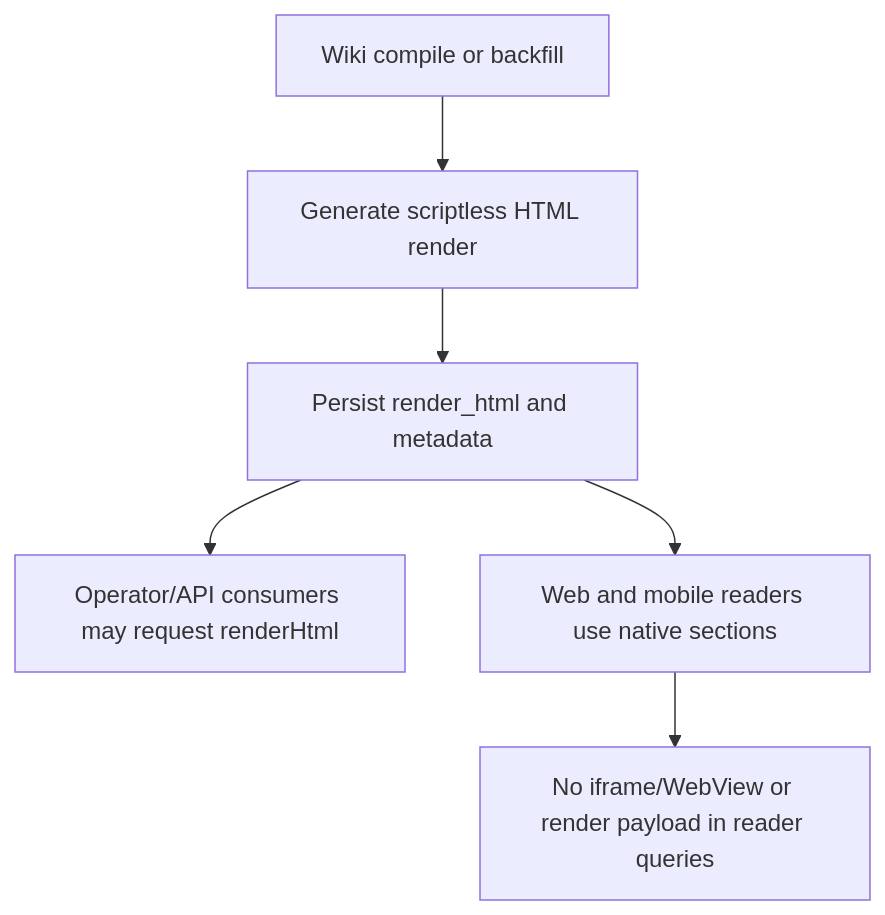
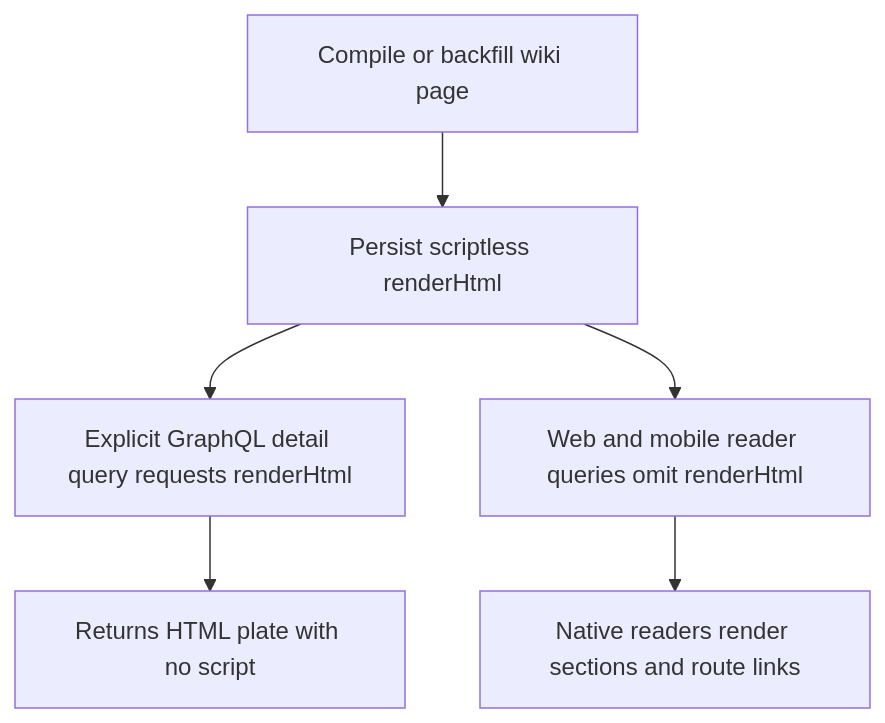
One commit to thinkwork-ai/thinkwork changed the fourth of 5 diagrams in docs/dogfood-reports/2026-07-13-THINK-270-dogfood.md. Above: the diagram before and after it, drawn with Mermaid. The commit also changed other lines of this file and 5 other files, not shown here.

````diff
--- a/docs/dogfood-reports/2026-07-13-THINK-270-dogfood.md
+++ b/docs/dogfood-reports/2026-07-13-THINK-270-dogfood.md
@@ -44,8 +51,8 @@
 ```mermaid
 flowchart TD
-    A[Wiki compile or backfill] --> B[Generate scriptless HTML render]
-    B --> C[Persist render_html and metadata]
-    C --> D[Operator/API consumers may request renderHtml]
-    C --> E[Web and mobile readers use native sections]
-    E --> F[No iframe/WebView or render payload in reader queries]
+    A[Compile or backfill wiki page] --> B[Persist scriptless renderHtml]
+    B --> C[Explicit GraphQL detail query requests renderHtml]
+    C --> D[Returns HTML plate with no script]
+    B --> E[Web and mobile reader queries omit renderHtml]
+    E --> F[Native readers render sections and route links]
 ```
````
